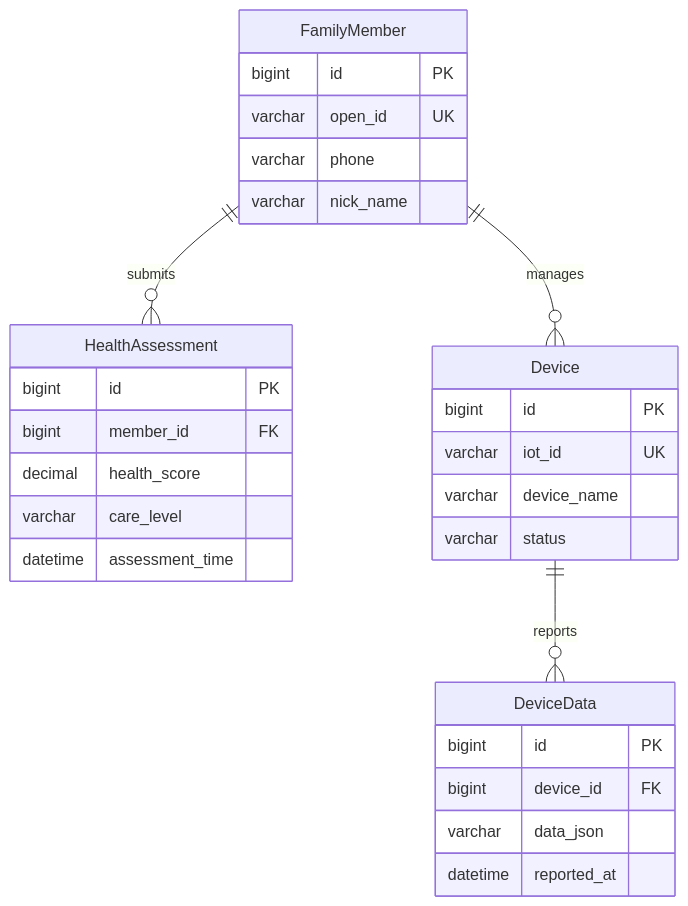
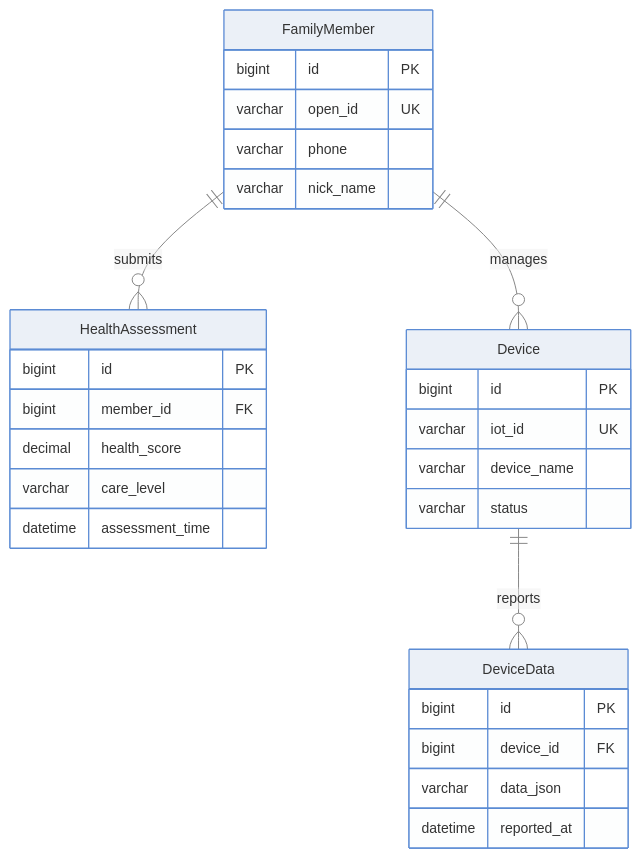
The third of 4 diagrams in 4-interview/projects/zznursing/项目速记卡.md (1byteone/interview-note), drawn with Mermaid before and after one commit. The commit also changed other lines of this file and 5 other files, not shown here.

First line of the commit message:
style(mermaid): 统一 Mermaid 专业样式体系与语义规范

````diff
--- a/4-interview/projects/zznursing/项目速记卡.md
+++ b/4-interview/projects/zznursing/项目速记卡.md
@@ -208,32 +224,33 @@
 ```mermaid
+%%{init: {'theme':'base', 'themeVariables': {'fontFamily':'Arial,Microsoft YaHei,sans-serif','fontSize':'14px','primaryColor':'#EBF0F7','primaryTextColor':'#333333','primaryBorderColor':'#5B8BD4','lineColor':'#888888','secondaryColor':'#F5F5F5','tertiaryColor':'#F0F0F0'}}}%%
 erDiagram
     FamilyMember {
         bigint id PK
         varchar open_id UK
         varchar phone
         varchar nick_name
     }
     HealthAssessment {
         bigint id PK
         bigint member_id FK
         decimal health_score
         varchar care_level
         datetime assessment_time
     }
     Device {
         bigint id PK
         varchar iot_id UK
         varchar device_name
         varchar status
     }
     DeviceData {
         bigint id PK
         bigint device_id FK
         varchar data_json
         datetime reported_at
     }
 
     FamilyMember ||--o{ HealthAssessment : submits
     FamilyMember ||--o{ Device : manages
     Device ||--o{ DeviceData : reports
 ```
````
